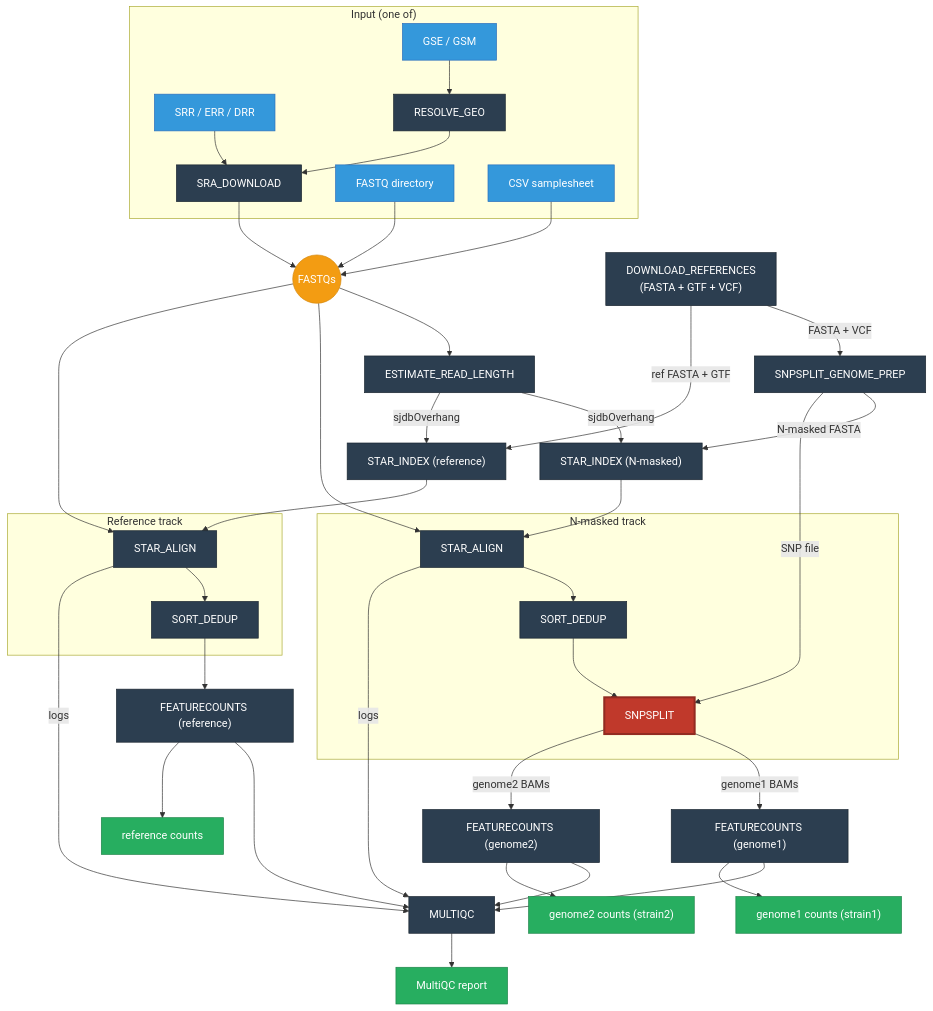
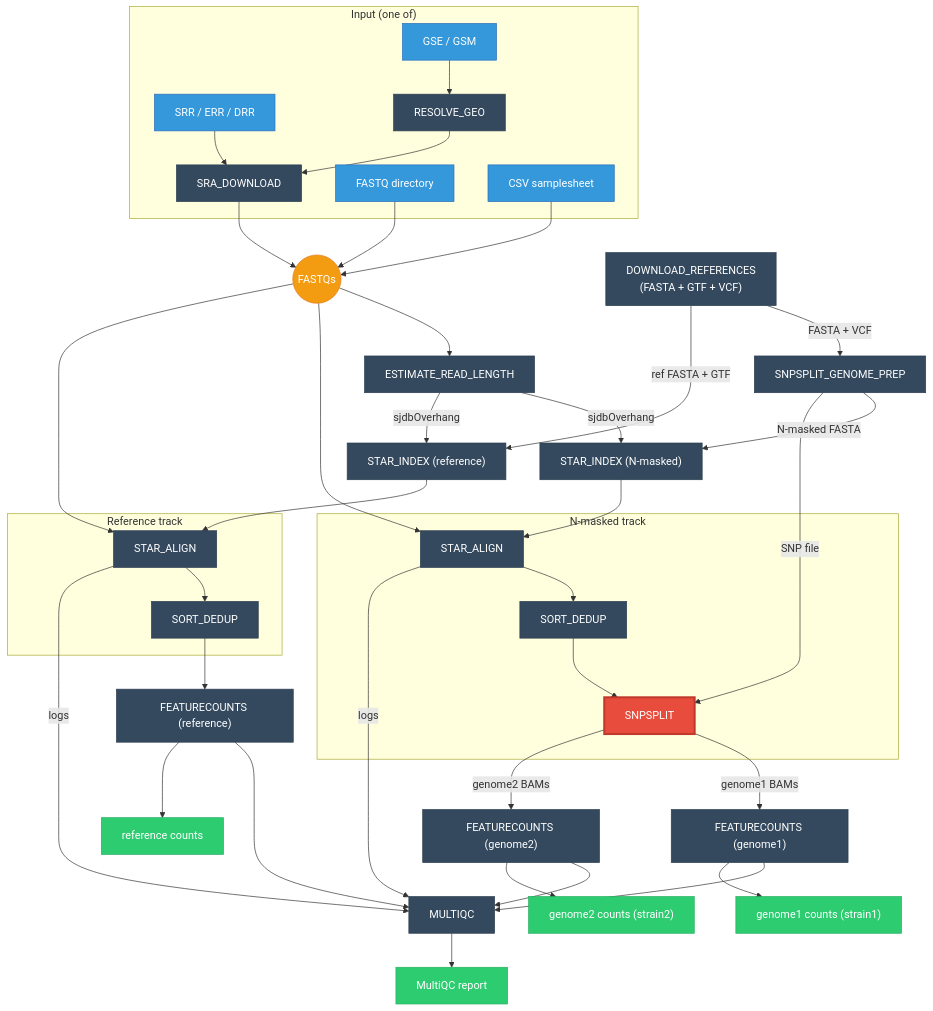
Before and after one commit to IPNP-BIPN/SPLIT: the diagram in README.md, drawn with Mermaid.

Commit message:
fig: lighter node colors for white background

````diff
--- a/README.md
+++ b/README.md
@@ -15,63 +15,63 @@
 ```mermaid
 flowchart TD
     subgraph INPUT ["Input (one of)"]
         SRA["SRR / ERR / DRR"] --> SRA_DL["SRA_DOWNLOAD"]
         GEO["GSE / GSM"] --> RESOLVE["RESOLVE_GEO"] --> SRA_DL
         FQ_DIR["FASTQ directory"]
         CSV["CSV samplesheet"]
     end
 
     SRA_DL --> FASTQS(("FASTQs"))
     FQ_DIR --> FASTQS
     CSV --> FASTQS
 
     DOWNLOAD["DOWNLOAD_REFERENCES\n(FASTA + GTF + VCF)"] -->|"FASTA + VCF"| GPREP["SNPSPLIT_GENOME_PREP"]
 
     FASTQS --> READLEN["ESTIMATE_READ_LENGTH"]
 
     GPREP -->|"N-masked FASTA"| IDX1["STAR_INDEX (N-masked)"]
     DOWNLOAD -->|"ref FASTA + GTF"| IDX2["STAR_INDEX (reference)"]
     READLEN -->|"sjdbOverhang"| IDX1
     READLEN -->|"sjdbOverhang"| IDX2
 
     FASTQS --> A1 & A2
 
     subgraph TRACK1 ["N-masked track"]
         A1["STAR_ALIGN"] --> S1["SORT_DEDUP"] --> SNP["SNPSPLIT"]
     end
 
     subgraph TRACK2 ["Reference track"]
         A2["STAR_ALIGN"] --> S2["SORT_DEDUP"]
     end
 
     IDX1 --> A1
     IDX2 --> A2
     GPREP -->|"SNP file"| SNP
 
     SNP -->|"genome1 BAMs"| FC1["FEATURECOUNTS (genome1)"]
     SNP -->|"genome2 BAMs"| FC2["FEATURECOUNTS (genome2)"]
     S2 --> FC3["FEATURECOUNTS (reference)"]
 
     FC1 --> MQC["MULTIQC"]
     FC2 --> MQC
     FC3 --> MQC
     A1 -->|"logs"| MQC
     A2 -->|"logs"| MQC
 
     FC1 --> O1["genome1 counts (strain1)"]
     FC2 --> O2["genome2 counts (strain2)"]
     FC3 --> O3["reference counts"]
     MQC --> O4["MultiQC report"]
 
     classDef input fill:#3498db,stroke:#2c6fbb,color:#fff
-    classDef process fill:#2c3e50,stroke:#1a252f,color:#fff
-    classDef key fill:#c0392b,stroke:#922b21,color:#fff,stroke-width:3px
-    classDef output fill:#27ae60,stroke:#1e8449,color:#fff
-    classDef data fill:#f39c12,stroke:#d68910,color:#fff
+    classDef process fill:#34495e,stroke:#2c3e50,color:#fff
+    classDef key fill:#e74c3c,stroke:#c0392b,color:#fff,stroke-width:3px
+    classDef output fill:#2ecc71,stroke:#27ae60,color:#fff
+    classDef data fill:#f39c12,stroke:#e67e22,color:#fff
 
     class SRA,GEO,FQ_DIR,CSV input
     class SRA_DL,RESOLVE,DOWNLOAD,GPREP,IDX1,IDX2,READLEN,A1,S1,A2,S2,FC1,FC2,FC3,MQC process
     class SNP key
     class O1,O2,O3,O4 output
     class FASTQS data
 ```
````
